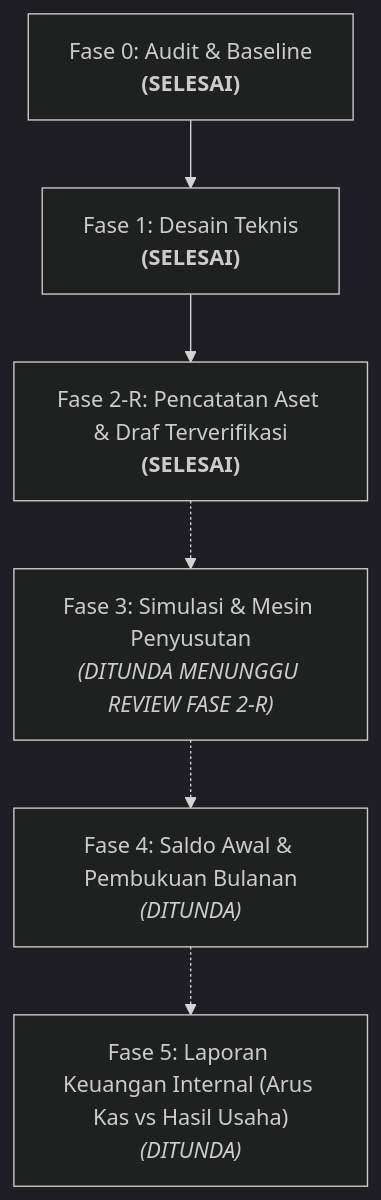
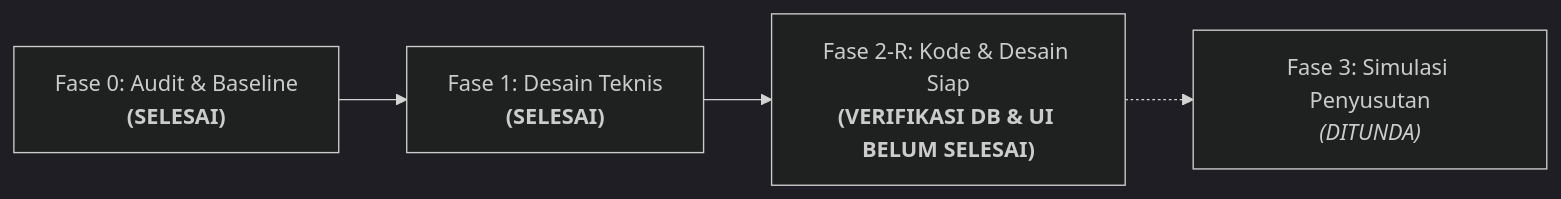
Before and after one commit to rhesal/simkos-v2: the second of 2 diagrams in docs/aset-inventaris-technical-design.md, drawn with Mermaid (dark theme). The commit also changed other lines of this file and 5 other files, not shown here.

Commit message:
fix(aset): pengetatan SSOT transisi inventaris, label belum dapat dihitung, dan sinkronisasi status

````diff
--- a/docs/aset-inventaris-technical-design.md
+++ b/docs/aset-inventaris-technical-design.md
@@ -437,8 +464,6 @@
 ```mermaid
-flowchart TD
+flowchart LR
     F0["Fase 0: Audit & Baseline<br><b>(SELESAI)</b>"] --> F1["Fase 1: Desain Teknis<br><b>(SELESAI)</b>"]
-    F1 --> F2["Fase 2-R: Pencatatan Aset & Draf Terverifikasi<br><b>(SELESAI)</b>"]
-    F2 -.-> F3["Fase 3: Simulasi & Mesin Penyusutan<br><i>(DITUNDA MENUNGGU REVIEW FASE 2-R)</i>"]
-    F3 -.-> F4["Fase 4: Saldo Awal & Pembukuan Bulanan<br><i>(DITUNDA)</i>"]
-    F4 -.-> F5["Fase 5: Laporan Keuangan Internal (Arus Kas vs Hasil Usaha)<br><i>(DITUNDA)</i>"]
+    F1 --> F2R["Fase 2-R: Kode & Desain Siap<br><b>(VERIFIKASI DB & UI BELUM SELESAI)</b>"]
+    F2R -.-> F3["Fase 3: Simulasi Penyusutan<br><i>(DITUNDA)</i>"]
 ```
````
